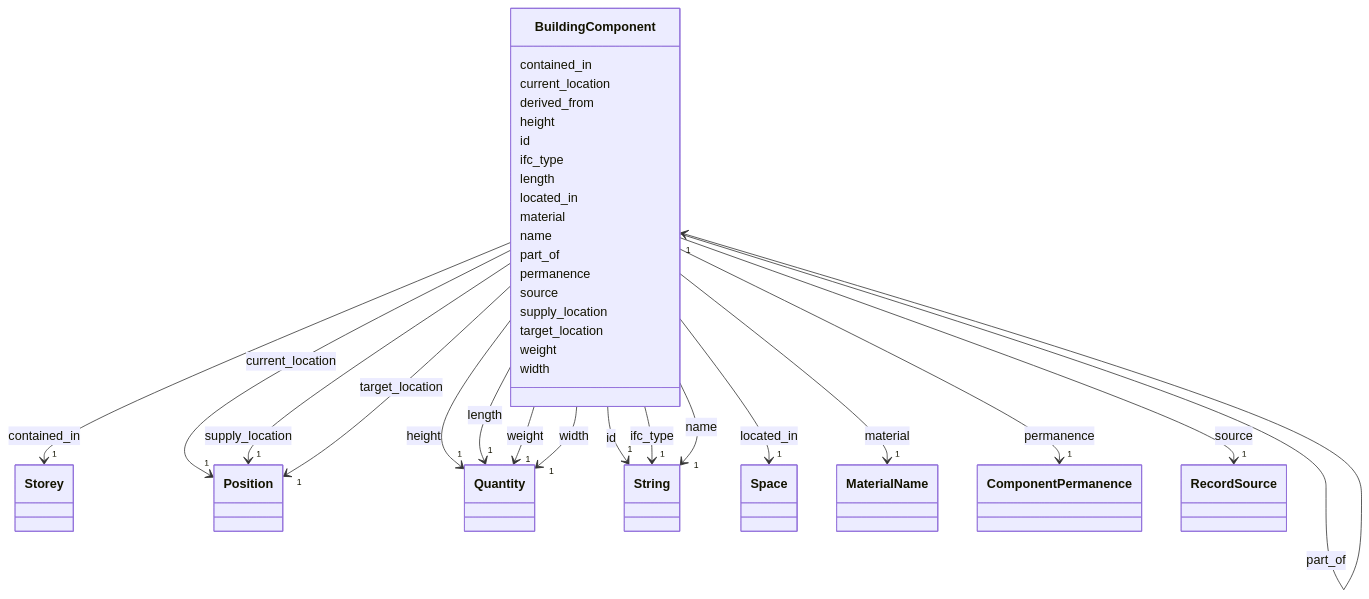
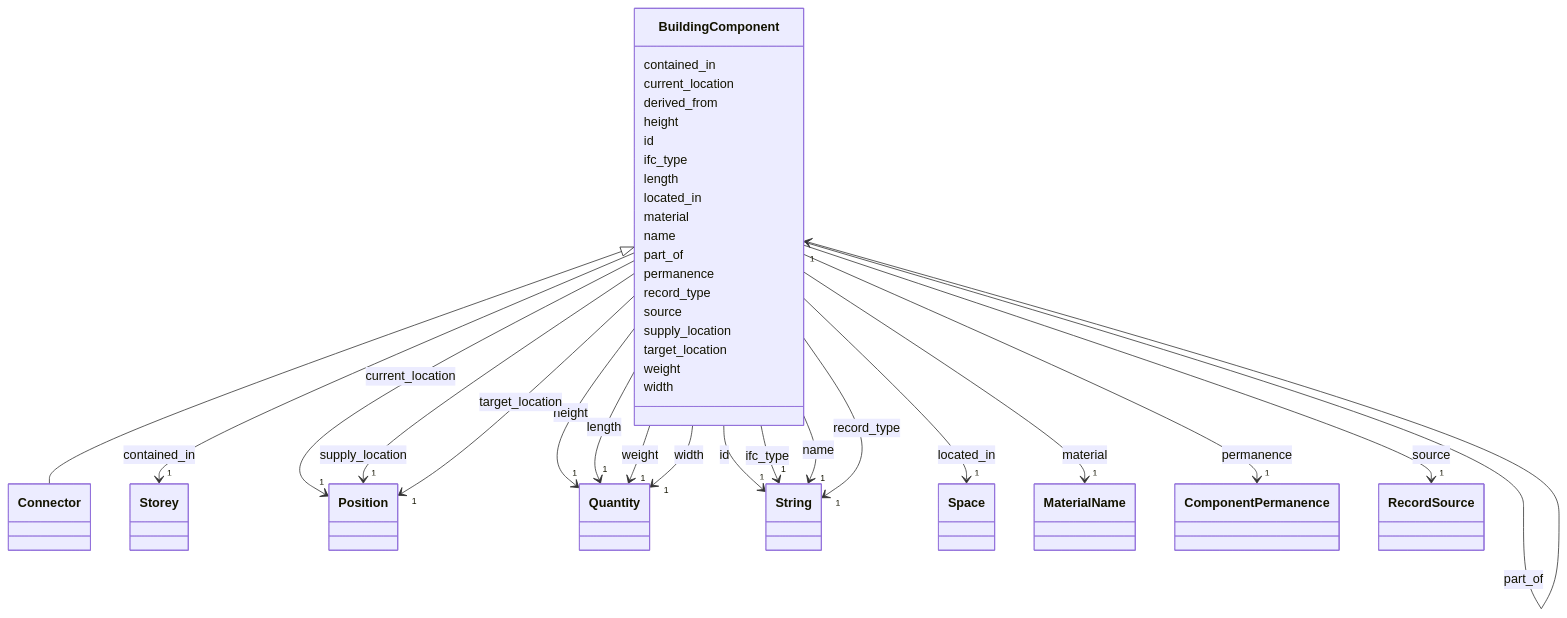
Before and after one commit to maikeljsb/rcpc-schema: the diagram in docs/model/product/BuildingComponent.md, drawn with Mermaid. The commit also changed other lines of this file and 41 other files, not shown here.

```diff
--- a/docs/model/product/BuildingComponent.md
+++ b/docs/model/product/BuildingComponent.md
@@ -24,6 +24,9 @@
  classDiagram
     class BuildingComponent
     click BuildingComponent href "../BuildingComponent/"
+      BuildingComponent <|-- Connector
+        click Connector href "../Connector/"
+      
       BuildingComponent : contained_in
         
           
@@ -156,6 +159,17 @@
     
 
         
+      BuildingComponent : record_type
+        
+          
+    
+        
+        
+        BuildingComponent --> "1" String : record_type
+        click String href "../http://www.w3.org/2001/XMLSchema#string/"
+    
+
+        
       BuildingComponent : source
         
           
```
